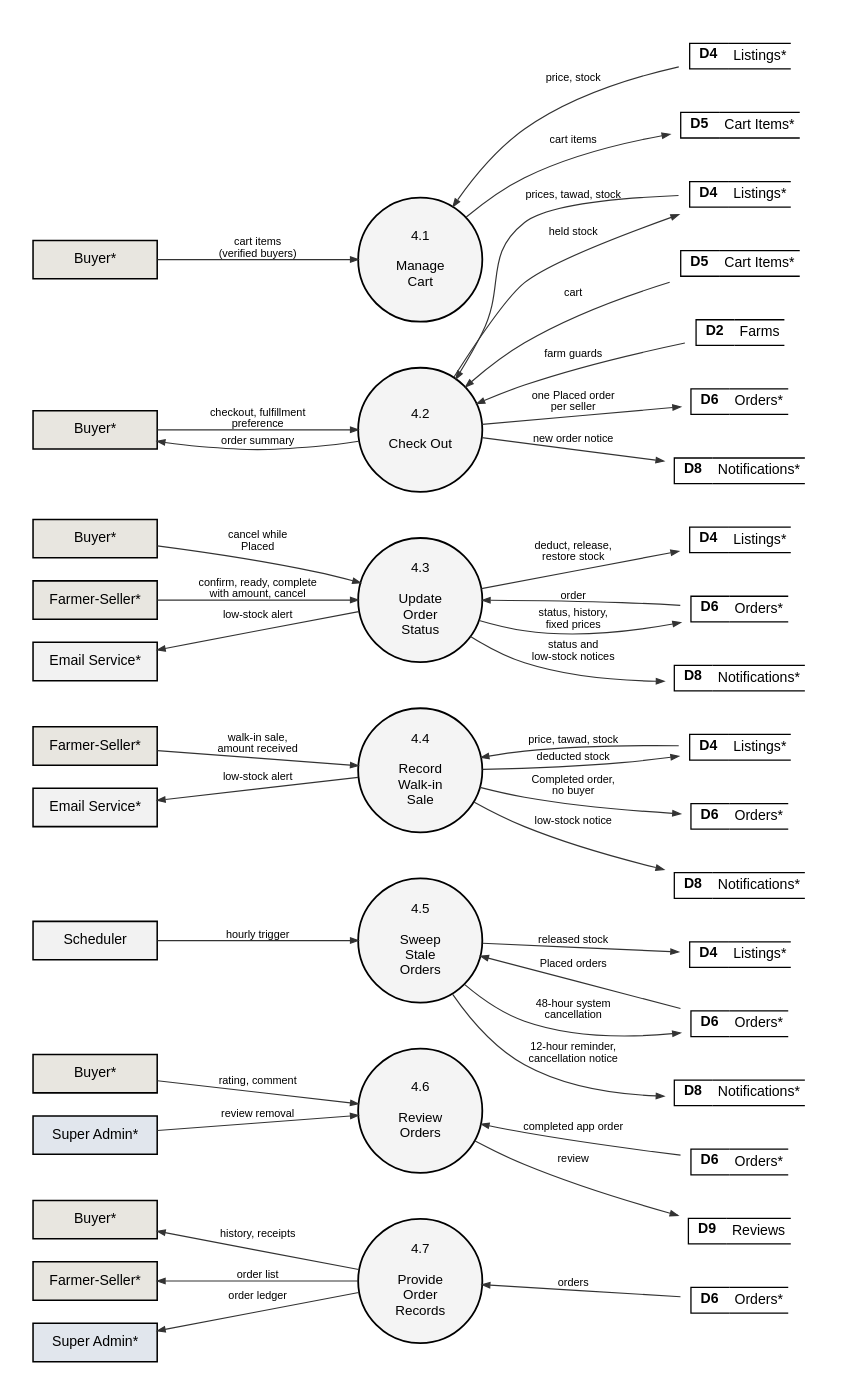
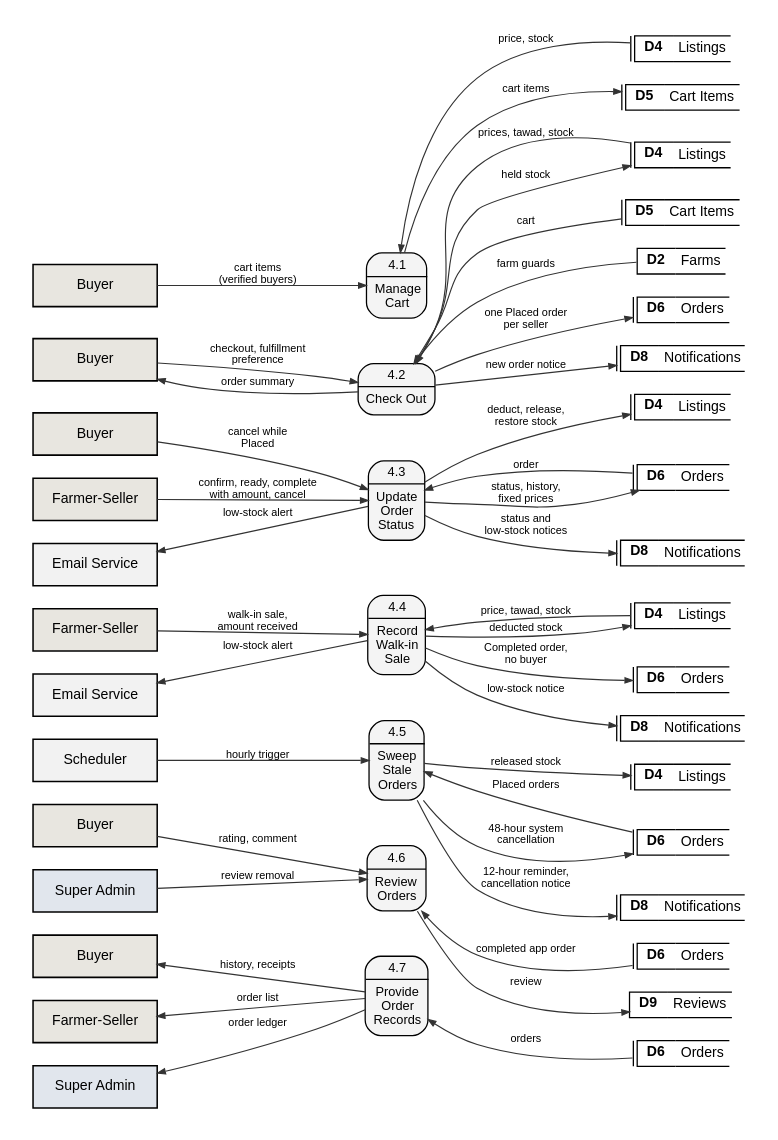
One commit to shawncastaneda11-commits/anihow-backend changed the diagram in docs/manuscript/figures/src/fig6_2_4_dfd_level2.dot. Above: the diagram before and after it, drawn with Graphviz. The commit also changed 39 other files, not shown here.

```diff
--- a/docs/manuscript/figures/src/fig6_2_4_dfd_level2.dot
+++ b/docs/manuscript/figures/src/fig6_2_4_dfd_level2.dot
@@ -3,45 +3,45 @@
   graph [rankdir=LR, nodesep=0.25, ranksep=0.9, pad=0.25, fontname="Liberation Sans", newrank=true];
   node  [fontname="Liberation Sans", fontsize=11];
   edge  [penwidth=0.9, arrowsize=0.6, color="#333333", fontname="Liberation Sans", fontsize=8.5];
-  q4a [shape=circle, style=filled, fillcolor="#F4F4F4", penwidth=1.4, fixedsize=true, width=1.35, fontsize=10.5, label="4.1\n\nManage\nCart"];
-  by_q4a [shape=box, style=filled, fillcolor="#E8E6E0", penwidth=1.2, width=1.35, height=0.42, label="Buyer*"];
-  D4_q4a [shape=plaintext, label=<<TABLE BORDER="0" CELLBORDER="1" CELLSPACING="0" CELLPADDING="3"><TR><TD SIDES="TBL" WIDTH="30"><B>D4</B></TD><TD SIDES="TB" ALIGN="LEFT">Listings*</TD></TR></TABLE>>];
-  D5_q4a [shape=plaintext, label=<<TABLE BORDER="0" CELLBORDER="1" CELLSPACING="0" CELLPADDING="3"><TR><TD SIDES="TBL" WIDTH="30"><B>D5</B></TD><TD SIDES="TB" ALIGN="LEFT">Cart Items*</TD></TR></TABLE>>];
-  q4b [shape=circle, style=filled, fillcolor="#F4F4F4", penwidth=1.4, fixedsize=true, width=1.35, fontsize=10.5, label="4.2\n\nCheck Out"];
-  by_q4b [shape=box, style=filled, fillcolor="#E8E6E0", penwidth=1.2, width=1.35, height=0.42, label="Buyer*"];
-  D4_q4b [shape=plaintext, label=<<TABLE BORDER="0" CELLBORDER="1" CELLSPACING="0" CELLPADDING="3"><TR><TD SIDES="TBL" WIDTH="30"><B>D4</B></TD><TD SIDES="TB" ALIGN="LEFT">Listings*</TD></TR></TABLE>>];
-  D5_q4b [shape=plaintext, label=<<TABLE BORDER="0" CELLBORDER="1" CELLSPACING="0" CELLPADDING="3"><TR><TD SIDES="TBL" WIDTH="30"><B>D5</B></TD><TD SIDES="TB" ALIGN="LEFT">Cart Items*</TD></TR></TABLE>>];
-  D2_q4b [shape=plaintext, label=<<TABLE BORDER="0" CELLBORDER="1" CELLSPACING="0" CELLPADDING="3"><TR><TD SIDES="TBL" WIDTH="30"><B>D2</B></TD><TD SIDES="TB" ALIGN="LEFT">Farms</TD></TR></TABLE>>];
-  D6_q4b [shape=plaintext, label=<<TABLE BORDER="0" CELLBORDER="1" CELLSPACING="0" CELLPADDING="3"><TR><TD SIDES="TBL" WIDTH="30"><B>D6</B></TD><TD SIDES="TB" ALIGN="LEFT">Orders*</TD></TR></TABLE>>];
-  D8_q4b [shape=plaintext, label=<<TABLE BORDER="0" CELLBORDER="1" CELLSPACING="0" CELLPADDING="3"><TR><TD SIDES="TBL" WIDTH="30"><B>D8</B></TD><TD SIDES="TB" ALIGN="LEFT">Notifications*</TD></TR></TABLE>>];
-  q4c [shape=circle, style=filled, fillcolor="#F4F4F4", penwidth=1.4, fixedsize=true, width=1.35, fontsize=10.5, label="4.3\n\nUpdate\nOrder\nStatus"];
-  by_q4c [shape=box, style=filled, fillcolor="#E8E6E0", penwidth=1.2, width=1.35, height=0.42, label="Buyer*"];
-  D4_q4c [shape=plaintext, label=<<TABLE BORDER="0" CELLBORDER="1" CELLSPACING="0" CELLPADDING="3"><TR><TD SIDES="TBL" WIDTH="30"><B>D4</B></TD><TD SIDES="TB" ALIGN="LEFT">Listings*</TD></TR></TABLE>>];
-  D6_q4c [shape=plaintext, label=<<TABLE BORDER="0" CELLBORDER="1" CELLSPACING="0" CELLPADDING="3"><TR><TD SIDES="TBL" WIDTH="30"><B>D6</B></TD><TD SIDES="TB" ALIGN="LEFT">Orders*</TD></TR></TABLE>>];
-  D8_q4c [shape=plaintext, label=<<TABLE BORDER="0" CELLBORDER="1" CELLSPACING="0" CELLPADDING="3"><TR><TD SIDES="TBL" WIDTH="30"><B>D8</B></TD><TD SIDES="TB" ALIGN="LEFT">Notifications*</TD></TR></TABLE>>];
-  fs_q4c [shape=box, style=filled, fillcolor="#E8E6E0", penwidth=1.2, width=1.35, height=0.42, label="Farmer-Seller*"];
-  em_q4c [shape=box, style=filled, fillcolor="#F2F2F2", penwidth=1.2, width=1.35, height=0.42, label="Email Service*"];
-  q4d [shape=circle, style=filled, fillcolor="#F4F4F4", penwidth=1.4, fixedsize=true, width=1.35, fontsize=10.5, label="4.4\n\nRecord\nWalk-in\nSale"];
-  D4_q4d [shape=plaintext, label=<<TABLE BORDER="0" CELLBORDER="1" CELLSPACING="0" CELLPADDING="3"><TR><TD SIDES="TBL" WIDTH="30"><B>D4</B></TD><TD SIDES="TB" ALIGN="LEFT">Listings*</TD></TR></TABLE>>];
-  D6_q4d [shape=plaintext, label=<<TABLE BORDER="0" CELLBORDER="1" CELLSPACING="0" CELLPADDING="3"><TR><TD SIDES="TBL" WIDTH="30"><B>D6</B></TD><TD SIDES="TB" ALIGN="LEFT">Orders*</TD></TR></TABLE>>];
-  D8_q4d [shape=plaintext, label=<<TABLE BORDER="0" CELLBORDER="1" CELLSPACING="0" CELLPADDING="3"><TR><TD SIDES="TBL" WIDTH="30"><B>D8</B></TD><TD SIDES="TB" ALIGN="LEFT">Notifications*</TD></TR></TABLE>>];
-  fs_q4d [shape=box, style=filled, fillcolor="#E8E6E0", penwidth=1.2, width=1.35, height=0.42, label="Farmer-Seller*"];
-  em_q4d [shape=box, style=filled, fillcolor="#F2F2F2", penwidth=1.2, width=1.35, height=0.42, label="Email Service*"];
-  q4e [shape=circle, style=filled, fillcolor="#F4F4F4", penwidth=1.4, fixedsize=true, width=1.35, fontsize=10.5, label="4.5\n\nSweep\nStale\nOrders"];
-  D4_q4e [shape=plaintext, label=<<TABLE BORDER="0" CELLBORDER="1" CELLSPACING="0" CELLPADDING="3"><TR><TD SIDES="TBL" WIDTH="30"><B>D4</B></TD><TD SIDES="TB" ALIGN="LEFT">Listings*</TD></TR></TABLE>>];
-  D6_q4e [shape=plaintext, label=<<TABLE BORDER="0" CELLBORDER="1" CELLSPACING="0" CELLPADDING="3"><TR><TD SIDES="TBL" WIDTH="30"><B>D6</B></TD><TD SIDES="TB" ALIGN="LEFT">Orders*</TD></TR></TABLE>>];
-  D8_q4e [shape=plaintext, label=<<TABLE BORDER="0" CELLBORDER="1" CELLSPACING="0" CELLPADDING="3"><TR><TD SIDES="TBL" WIDTH="30"><B>D8</B></TD><TD SIDES="TB" ALIGN="LEFT">Notifications*</TD></TR></TABLE>>];
-  sch_q4e [shape=box, style=filled, fillcolor="#F2F2F2", penwidth=1.2, width=1.35, height=0.42, label="Scheduler"];
-  q4f [shape=circle, style=filled, fillcolor="#F4F4F4", penwidth=1.4, fixedsize=true, width=1.35, fontsize=10.5, label="4.6\n\nReview\nOrders"];
-  by_q4f [shape=box, style=filled, fillcolor="#E8E6E0", penwidth=1.2, width=1.35, height=0.42, label="Buyer*"];
-  D6_q4f [shape=plaintext, label=<<TABLE BORDER="0" CELLBORDER="1" CELLSPACING="0" CELLPADDING="3"><TR><TD SIDES="TBL" WIDTH="30"><B>D6</B></TD><TD SIDES="TB" ALIGN="LEFT">Orders*</TD></TR></TABLE>>];
-  D9_q4f [shape=plaintext, label=<<TABLE BORDER="0" CELLBORDER="1" CELLSPACING="0" CELLPADDING="3"><TR><TD SIDES="TBL" WIDTH="30"><B>D9</B></TD><TD SIDES="TB" ALIGN="LEFT">Reviews</TD></TR></TABLE>>];
-  sa_q4f [shape=box, style=filled, fillcolor="#E1E6ED", penwidth=1.2, width=1.35, height=0.42, label="Super Admin*"];
-  q4g [shape=circle, style=filled, fillcolor="#F4F4F4", penwidth=1.4, fixedsize=true, width=1.35, fontsize=10.5, label="4.7\n\nProvide\nOrder\nRecords"];
-  by_q4g [shape=box, style=filled, fillcolor="#E8E6E0", penwidth=1.2, width=1.35, height=0.42, label="Buyer*"];
-  D6_q4g [shape=plaintext, label=<<TABLE BORDER="0" CELLBORDER="1" CELLSPACING="0" CELLPADDING="3"><TR><TD SIDES="TBL" WIDTH="30"><B>D6</B></TD><TD SIDES="TB" ALIGN="LEFT">Orders*</TD></TR></TABLE>>];
-  fs_q4g [shape=box, style=filled, fillcolor="#E8E6E0", penwidth=1.2, width=1.35, height=0.42, label="Farmer-Seller*"];
-  sa_q4g [shape=box, style=filled, fillcolor="#E1E6ED", penwidth=1.2, width=1.35, height=0.42, label="Super Admin*"];
+  q4a [shape=plaintext, margin=0, width=0, height=0, label=<<TABLE STYLE="ROUNDED" BORDER="1" CELLBORDER="0" CELLSPACING="0" CELLPADDING="3" BGCOLOR="#F4F4F4"><TR><TD><FONT POINT-SIZE="10.5">4.1</FONT></TD></TR><HR/><TR><TD CELLPADDING="5"><FONT POINT-SIZE="10.5">Manage<BR/>Cart</FONT></TD></TR></TABLE>>];
+  by_q4a [shape=box, style=filled, fillcolor="#E8E6E0", penwidth=1.2, width=1.35, height=0.46, label="Buyer", comment="gsdup"];
+  D4_q4a [shape=plaintext, margin=0, width=0, height=0, label=<<TABLE BORDER="0" CELLBORDER="1" CELLSPACING="0" CELLPADDING="3"><TR><TD SIDES="L" WIDTH="3" CELLPADDING="0"></TD><TD SIDES="TBL" WIDTH="30"><B>D4</B></TD><TD SIDES="TB" ALIGN="LEFT">Listings</TD></TR></TABLE>>];
+  D5_q4a [shape=plaintext, margin=0, width=0, height=0, label=<<TABLE BORDER="0" CELLBORDER="1" CELLSPACING="0" CELLPADDING="3"><TR><TD SIDES="L" WIDTH="3" CELLPADDING="0"></TD><TD SIDES="TBL" WIDTH="30"><B>D5</B></TD><TD SIDES="TB" ALIGN="LEFT">Cart Items</TD></TR></TABLE>>];
+  q4b [shape=plaintext, margin=0, width=0, height=0, label=<<TABLE STYLE="ROUNDED" BORDER="1" CELLBORDER="0" CELLSPACING="0" CELLPADDING="3" BGCOLOR="#F4F4F4"><TR><TD><FONT POINT-SIZE="10.5">4.2</FONT></TD></TR><HR/><TR><TD CELLPADDING="5"><FONT POINT-SIZE="10.5">Check Out</FONT></TD></TR></TABLE>>];
+  by_q4b [shape=box, style=filled, fillcolor="#E8E6E0", penwidth=1.2, width=1.35, height=0.46, label="Buyer", comment="gsdup"];
+  D4_q4b [shape=plaintext, margin=0, width=0, height=0, label=<<TABLE BORDER="0" CELLBORDER="1" CELLSPACING="0" CELLPADDING="3"><TR><TD SIDES="L" WIDTH="3" CELLPADDING="0"></TD><TD SIDES="TBL" WIDTH="30"><B>D4</B></TD><TD SIDES="TB" ALIGN="LEFT">Listings</TD></TR></TABLE>>];
+  D5_q4b [shape=plaintext, margin=0, width=0, height=0, label=<<TABLE BORDER="0" CELLBORDER="1" CELLSPACING="0" CELLPADDING="3"><TR><TD SIDES="L" WIDTH="3" CELLPADDING="0"></TD><TD SIDES="TBL" WIDTH="30"><B>D5</B></TD><TD SIDES="TB" ALIGN="LEFT">Cart Items</TD></TR></TABLE>>];
+  D2_q4b [shape=plaintext, margin=0, width=0, height=0, label=<<TABLE BORDER="0" CELLBORDER="1" CELLSPACING="0" CELLPADDING="3"><TR><TD SIDES="TBL" WIDTH="30"><B>D2</B></TD><TD SIDES="TB" ALIGN="LEFT">Farms</TD></TR></TABLE>>];
+  D6_q4b [shape=plaintext, margin=0, width=0, height=0, label=<<TABLE BORDER="0" CELLBORDER="1" CELLSPACING="0" CELLPADDING="3"><TR><TD SIDES="L" WIDTH="3" CELLPADDING="0"></TD><TD SIDES="TBL" WIDTH="30"><B>D6</B></TD><TD SIDES="TB" ALIGN="LEFT">Orders</TD></TR></TABLE>>];
+  D8_q4b [shape=plaintext, margin=0, width=0, height=0, label=<<TABLE BORDER="0" CELLBORDER="1" CELLSPACING="0" CELLPADDING="3"><TR><TD SIDES="L" WIDTH="3" CELLPADDING="0"></TD><TD SIDES="TBL" WIDTH="30"><B>D8</B></TD><TD SIDES="TB" ALIGN="LEFT">Notifications</TD></TR></TABLE>>];
+  q4c [shape=plaintext, margin=0, width=0, height=0, label=<<TABLE STYLE="ROUNDED" BORDER="1" CELLBORDER="0" CELLSPACING="0" CELLPADDING="3" BGCOLOR="#F4F4F4"><TR><TD><FONT POINT-SIZE="10.5">4.3</FONT></TD></TR><HR/><TR><TD CELLPADDING="5"><FONT POINT-SIZE="10.5">Update<BR/>Order<BR/>Status</FONT></TD></TR></TABLE>>];
+  by_q4c [shape=box, style=filled, fillcolor="#E8E6E0", penwidth=1.2, width=1.35, height=0.46, label="Buyer", comment="gsdup"];
+  D4_q4c [shape=plaintext, margin=0, width=0, height=0, label=<<TABLE BORDER="0" CELLBORDER="1" CELLSPACING="0" CELLPADDING="3"><TR><TD SIDES="L" WIDTH="3" CELLPADDING="0"></TD><TD SIDES="TBL" WIDTH="30"><B>D4</B></TD><TD SIDES="TB" ALIGN="LEFT">Listings</TD></TR></TABLE>>];
+  D6_q4c [shape=plaintext, margin=0, width=0, height=0, label=<<TABLE BORDER="0" CELLBORDER="1" CELLSPACING="0" CELLPADDING="3"><TR><TD SIDES="L" WIDTH="3" CELLPADDING="0"></TD><TD SIDES="TBL" WIDTH="30"><B>D6</B></TD><TD SIDES="TB" ALIGN="LEFT">Orders</TD></TR></TABLE>>];
+  D8_q4c [shape=plaintext, margin=0, width=0, height=0, label=<<TABLE BORDER="0" CELLBORDER="1" CELLSPACING="0" CELLPADDING="3"><TR><TD SIDES="L" WIDTH="3" CELLPADDING="0"></TD><TD SIDES="TBL" WIDTH="30"><B>D8</B></TD><TD SIDES="TB" ALIGN="LEFT">Notifications</TD></TR></TABLE>>];
+  fs_q4c [shape=box, style=filled, fillcolor="#E8E6E0", penwidth=1.2, width=1.35, height=0.46, label="Farmer-Seller", comment="gsdup"];
+  em_q4c [shape=box, style=filled, fillcolor="#F2F2F2", penwidth=1.2, width=1.35, height=0.46, label="Email Service", comment="gsdup"];
+  q4d [shape=plaintext, margin=0, width=0, height=0, label=<<TABLE STYLE="ROUNDED" BORDER="1" CELLBORDER="0" CELLSPACING="0" CELLPADDING="3" BGCOLOR="#F4F4F4"><TR><TD><FONT POINT-SIZE="10.5">4.4</FONT></TD></TR><HR/><TR><TD CELLPADDING="5"><FONT POINT-SIZE="10.5">Record<BR/>Walk-in<BR/>Sale</FONT></TD></TR></TABLE>>];
+  D4_q4d [shape=plaintext, margin=0, width=0, height=0, label=<<TABLE BORDER="0" CELLBORDER="1" CELLSPACING="0" CELLPADDING="3"><TR><TD SIDES="L" WIDTH="3" CELLPADDING="0"></TD><TD SIDES="TBL" WIDTH="30"><B>D4</B></TD><TD SIDES="TB" ALIGN="LEFT">Listings</TD></TR></TABLE>>];
+  D6_q4d [shape=plaintext, margin=0, width=0, height=0, label=<<TABLE BORDER="0" CELLBORDER="1" CELLSPACING="0" CELLPADDING="3"><TR><TD SIDES="L" WIDTH="3" CELLPADDING="0"></TD><TD SIDES="TBL" WIDTH="30"><B>D6</B></TD><TD SIDES="TB" ALIGN="LEFT">Orders</TD></TR></TABLE>>];
+  D8_q4d [shape=plaintext, margin=0, width=0, height=0, label=<<TABLE BORDER="0" CELLBORDER="1" CELLSPACING="0" CELLPADDING="3"><TR><TD SIDES="L" WIDTH="3" CELLPADDING="0"></TD><TD SIDES="TBL" WIDTH="30"><B>D8</B></TD><TD SIDES="TB" ALIGN="LEFT">Notifications</TD></TR></TABLE>>];
+  fs_q4d [shape=box, style=filled, fillcolor="#E8E6E0", penwidth=1.2, width=1.35, height=0.46, label="Farmer-Seller", comment="gsdup"];
+  em_q4d [shape=box, style=filled, fillcolor="#F2F2F2", penwidth=1.2, width=1.35, height=0.46, label="Email Service", comment="gsdup"];
+  q4e [shape=plaintext, margin=0, width=0, height=0, label=<<TABLE STYLE="ROUNDED" BORDER="1" CELLBORDER="0" CELLSPACING="0" CELLPADDING="3" BGCOLOR="#F4F4F4"><TR><TD><FONT POINT-SIZE="10.5">4.5</FONT></TD></TR><HR/><TR><TD CELLPADDING="5"><FONT POINT-SIZE="10.5">Sweep<BR/>Stale<BR/>Orders</FONT></TD></TR></TABLE>>];
+  D4_q4e [shape=plaintext, margin=0, width=0, height=0, label=<<TABLE BORDER="0" CELLBORDER="1" CELLSPACING="0" CELLPADDING="3"><TR><TD SIDES="L" WIDTH="3" CELLPADDING="0"></TD><TD SIDES="TBL" WIDTH="30"><B>D4</B></TD><TD SIDES="TB" ALIGN="LEFT">Listings</TD></TR></TABLE>>];
+  D6_q4e [shape=plaintext, margin=0, width=0, height=0, label=<<TABLE BORDER="0" CELLBORDER="1" CELLSPACING="0" CELLPADDING="3"><TR><TD SIDES="L" WIDTH="3" CELLPADDING="0"></TD><TD SIDES="TBL" WIDTH="30"><B>D6</B></TD><TD SIDES="TB" ALIGN="LEFT">Orders</TD></TR></TABLE>>];
+  D8_q4e [shape=plaintext, margin=0, width=0, height=0, label=<<TABLE BORDER="0" CELLBORDER="1" CELLSPACING="0" CELLPADDING="3"><TR><TD SIDES="L" WIDTH="3" CELLPADDING="0"></TD><TD SIDES="TBL" WIDTH="30"><B>D8</B></TD><TD SIDES="TB" ALIGN="LEFT">Notifications</TD></TR></TABLE>>];
+  sch_q4e [shape=box, style=filled, fillcolor="#F2F2F2", penwidth=1.2, width=1.35, height=0.46, label="Scheduler"];
+  q4f [shape=plaintext, margin=0, width=0, height=0, label=<<TABLE STYLE="ROUNDED" BORDER="1" CELLBORDER="0" CELLSPACING="0" CELLPADDING="3" BGCOLOR="#F4F4F4"><TR><TD><FONT POINT-SIZE="10.5">4.6</FONT></TD></TR><HR/><TR><TD CELLPADDING="5"><FONT POINT-SIZE="10.5">Review<BR/>Orders</FONT></TD></TR></TABLE>>];
+  by_q4f [shape=box, style=filled, fillcolor="#E8E6E0", penwidth=1.2, width=1.35, height=0.46, label="Buyer", comment="gsdup"];
+  D6_q4f [shape=plaintext, margin=0, width=0, height=0, label=<<TABLE BORDER="0" CELLBORDER="1" CELLSPACING="0" CELLPADDING="3"><TR><TD SIDES="L" WIDTH="3" CELLPADDING="0"></TD><TD SIDES="TBL" WIDTH="30"><B>D6</B></TD><TD SIDES="TB" ALIGN="LEFT">Orders</TD></TR></TABLE>>];
+  D9_q4f [shape=plaintext, margin=0, width=0, height=0, label=<<TABLE BORDER="0" CELLBORDER="1" CELLSPACING="0" CELLPADDING="3"><TR><TD SIDES="TBL" WIDTH="30"><B>D9</B></TD><TD SIDES="TB" ALIGN="LEFT">Reviews</TD></TR></TABLE>>];
+  sa_q4f [shape=box, style=filled, fillcolor="#E1E6ED", penwidth=1.2, width=1.35, height=0.46, label="Super Admin", comment="gsdup"];
+  q4g [shape=plaintext, margin=0, width=0, height=0, label=<<TABLE STYLE="ROUNDED" BORDER="1" CELLBORDER="0" CELLSPACING="0" CELLPADDING="3" BGCOLOR="#F4F4F4"><TR><TD><FONT POINT-SIZE="10.5">4.7</FONT></TD></TR><HR/><TR><TD CELLPADDING="5"><FONT POINT-SIZE="10.5">Provide<BR/>Order<BR/>Records</FONT></TD></TR></TABLE>>];
+  by_q4g [shape=box, style=filled, fillcolor="#E8E6E0", penwidth=1.2, width=1.35, height=0.46, label="Buyer", comment="gsdup"];
+  D6_q4g [shape=plaintext, margin=0, width=0, height=0, label=<<TABLE BORDER="0" CELLBORDER="1" CELLSPACING="0" CELLPADDING="3"><TR><TD SIDES="L" WIDTH="3" CELLPADDING="0"></TD><TD SIDES="TBL" WIDTH="30"><B>D6</B></TD><TD SIDES="TB" ALIGN="LEFT">Orders</TD></TR></TABLE>>];
+  fs_q4g [shape=box, style=filled, fillcolor="#E8E6E0", penwidth=1.2, width=1.35, height=0.46, label="Farmer-Seller", comment="gsdup"];
+  sa_q4g [shape=box, style=filled, fillcolor="#E1E6ED", penwidth=1.2, width=1.35, height=0.46, label="Super Admin", comment="gsdup"];
   by_q4a -> q4a [label="cart items\n(verified buyers)"];
   q4a -> D4_q4a [label="price, stock", dir=back];
   q4a -> D5_q4a [label="cart items"];
```
